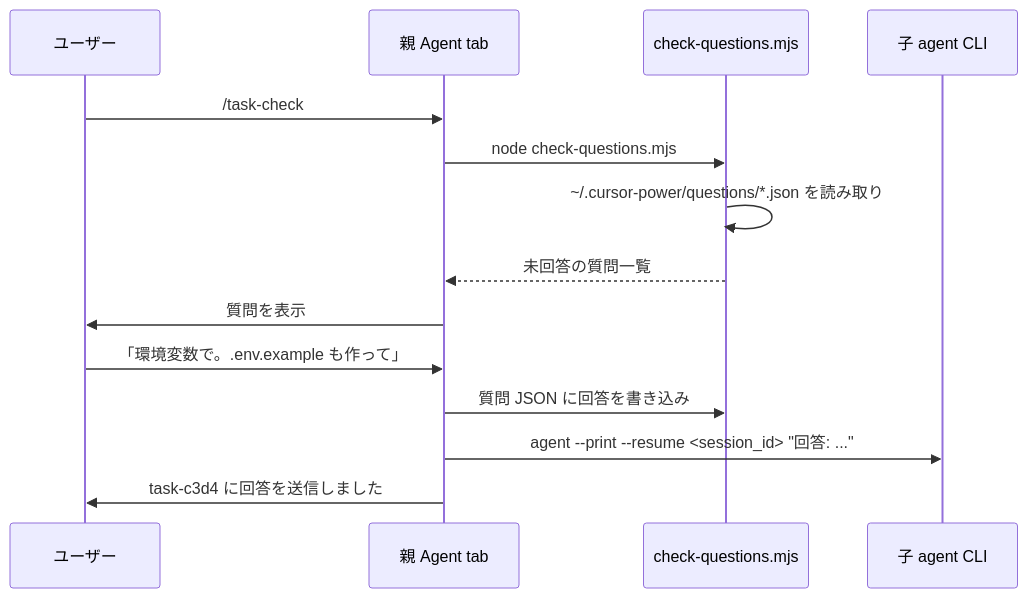
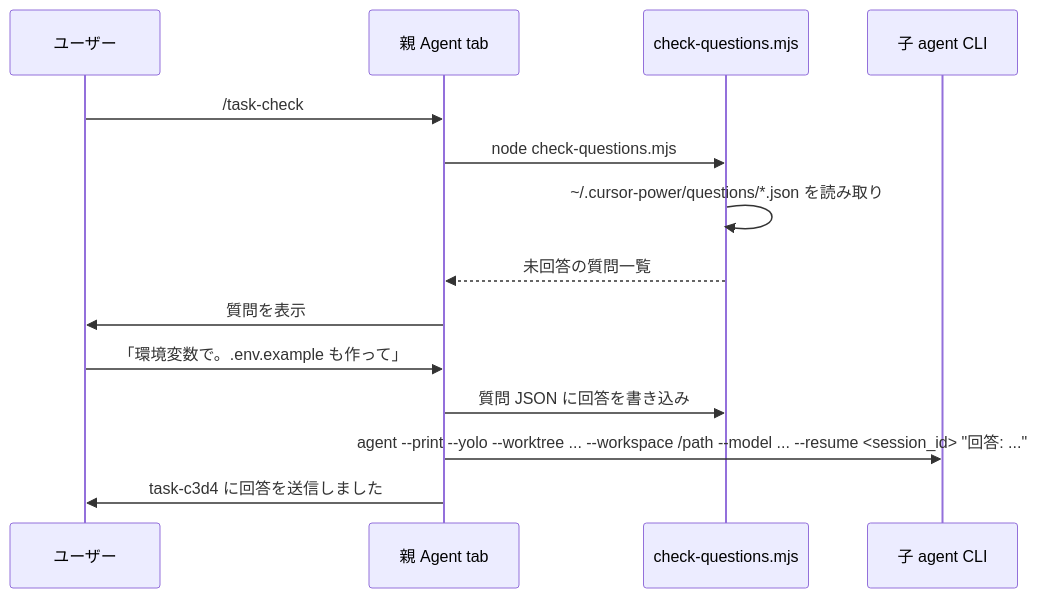
The sixth of 12 diagrams in DESIGN.md (retocrooman/cursor-power), drawn with Mermaid before and after one commit. The commit also changed other lines of this file and 3 other files, not shown here.

First line of the commit message:
fix(resume): align worktree args and add field validation for --resume flow

````diff
--- a/DESIGN.md
+++ b/DESIGN.md
@@ -323,17 +323,17 @@
 ```mermaid
 sequenceDiagram
   participant U as ユーザー
   participant P as 親 Agent tab
   participant S as check-questions.mjs
   participant C as 子 agent CLI
 
   U->>P: /task-check
   P->>S: node check-questions.mjs
   S->>S: ~/.cursor-power/questions/*.json を読み取り
   S-->>P: 未回答の質問一覧
   P->>U: 質問を表示
   U->>P: 「環境変数で。.env.example も作って」
   P->>S: 質問 JSON に回答を書き込み
-  P->>C: agent --print --resume <session_id> "回答: ..."
+  P->>C: agent --print --yolo --worktree ... --workspace /path --model ... --resume <session_id> "回答: ..."
   P->>U: task-c3d4 に回答を送信しました
 ```
````
